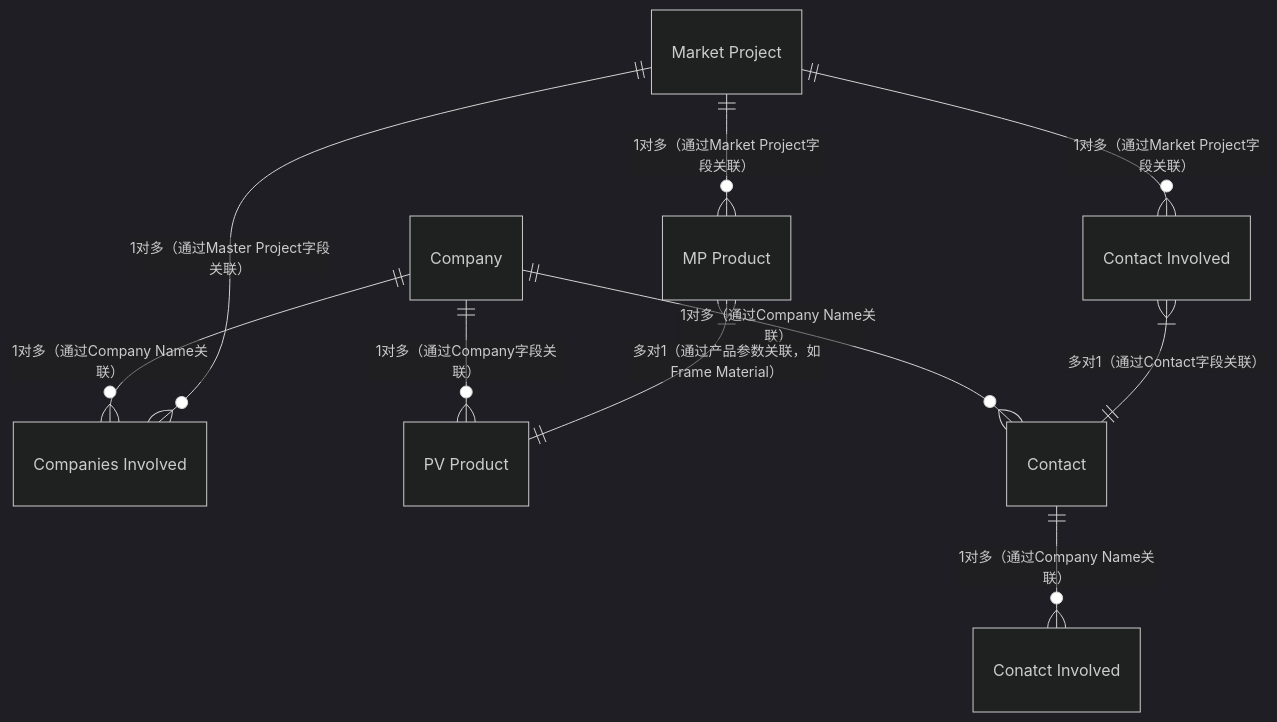
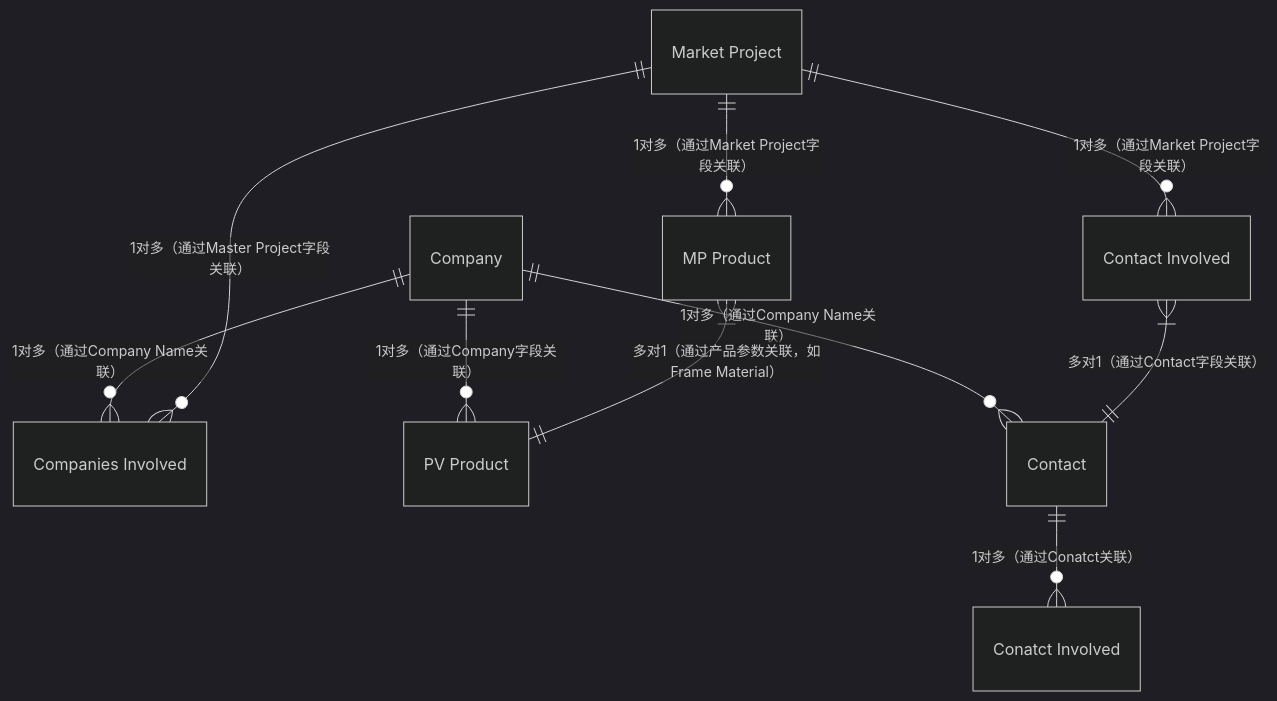
The diagram in all/未命名.md (zhangziru-33/iodraw-files), drawn with Mermaid (dark theme) before and after one commit.

Commit message:
2025-12-04 13:40:43 update

````diff
--- a/all/未命名.md
+++ b/all/未命名.md
@@ -1,12 +1,12 @@
 ```mermaid
 erDiagram
     Company ||--o{ "Companies Involved" : "1对多（通过Company Name关联）"
     Company ||--o{ "PV Product" : "1对多（通过Company字段关联）"
     Company ||--o{ "Contact" : "1对多（通过Company Name关联）"
     "Market Project" ||--o{ "Companies Involved" : "1对多（通过Master Project字段关联）"
     "Market Project" ||--o{ "Contact Involved" : "1对多（通过Market Project字段关联）"
     "Market Project" ||--o{ "MP Product" : "1对多（通过Market Project字段关联）"
     "MP Product" }|--|| "PV Product" : "多对1（通过产品参数关联，如Frame Material）"
     "Contact Involved" }|--|| "Contact" : "多对1（通过Contact字段关联）"
-    Contact ||--o{ "Conatct Involved" : "1对多（通过Company Name关联）"
+    Contact ||--o{ "Conatct Involved" : "1对多（通过Conatct关联）"
 ```
````
